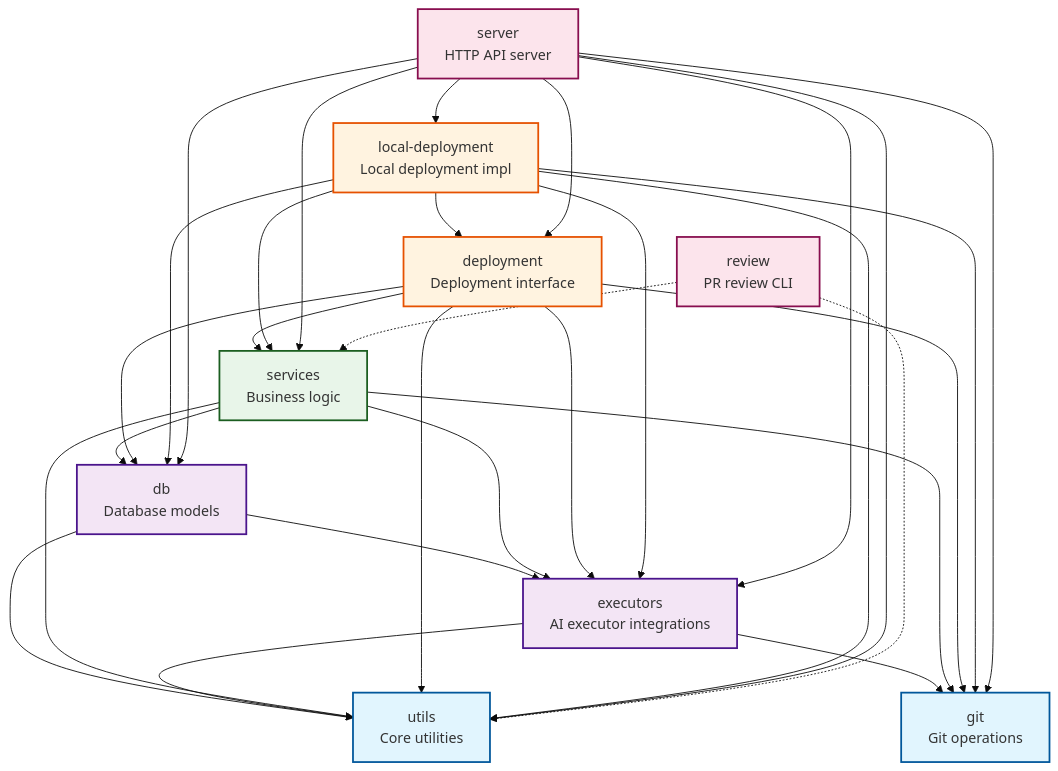
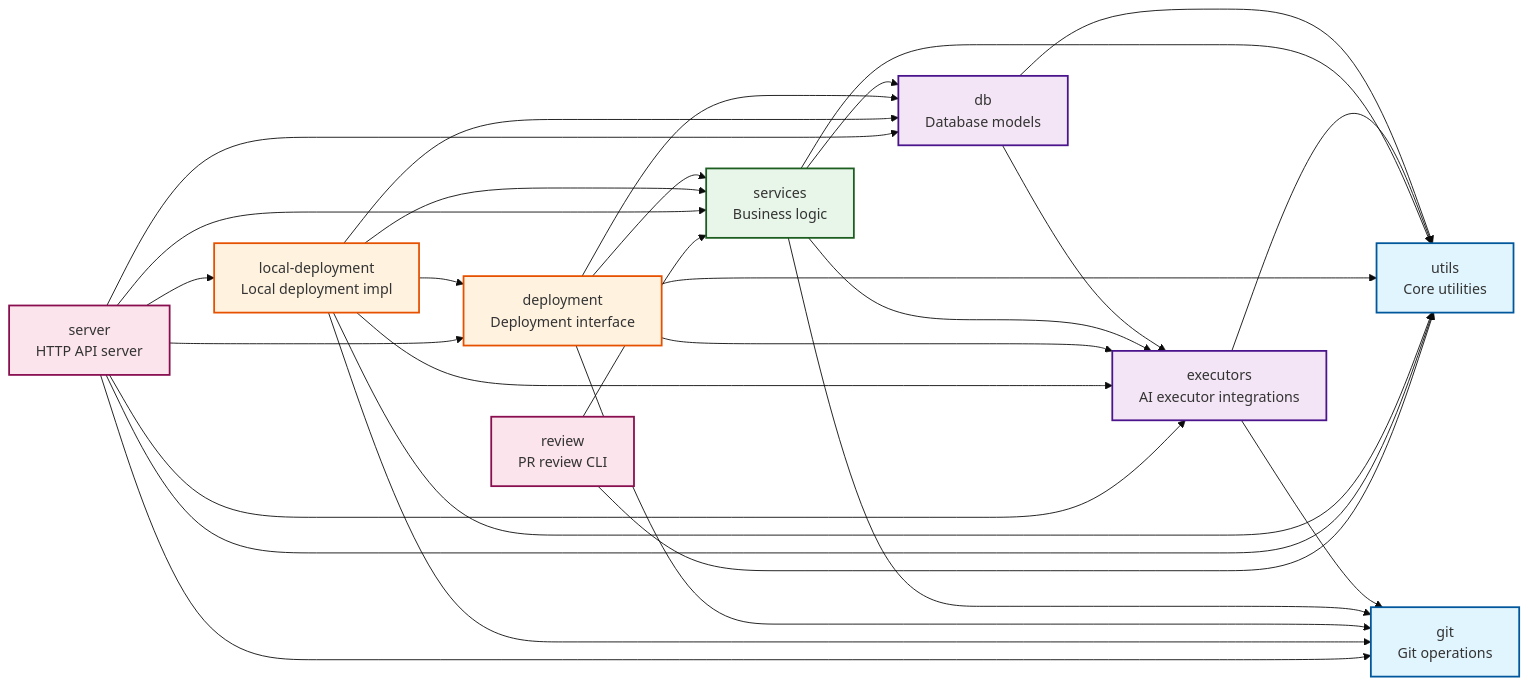
Before and after one commit to thebehzaad/vibe-kanban: the diagram in docs/orchestrator_diagram.md, drawn with Mermaid (base theme).

Commit message:
updating orchestrator digram

````diff
--- a/docs/orchestrator_diagram.md
+++ b/docs/orchestrator_diagram.md
@@ -1,76 +1,74 @@
 ```mermaid
-graph TD
+flowchart LR
     %% Core packages (no dependencies on other workspace crates)
     utils[utils<br/>Core utilities]
     git[git<br/>Git operations]
   
     %% Database layer
     db[db<br/>Database models]
   
     %% Executors
     executors[executors<br/>AI executor integrations]
   
     %% Services layer
     services[services<br/>Business logic]
   
     %% Deployment abstraction
     deployment[deployment<br/>Deployment interface]
   
     %% Deployment implementations
     local_deployment[local-deployment<br/>Local deployment impl]
   
-    %% API server
+    %% Entry points (binaries)
     server[server<br/>HTTP API server]
-  
-    %% CLI tools
     review[review<br/>PR review CLI]
   
     %% Dependencies
     db --> utils
     db --> executors
   
     executors --> utils
     executors --> git
   
     services --> utils
     services --> git
     services --> executors
     services --> db
   
     deployment --> db
     deployment --> utils
     deployment --> git
     deployment --> services
     deployment --> executors
   
     local_deployment --> db
     local_deployment --> utils
     local_deployment --> git
     local_deployment --> executors
     local_deployment --> deployment
     local_deployment --> services
   
   server --> deployment
   server --> executors
   server --> local_deployment
   server --> utils
   server --> git
   server --> db
   server --> services
   
-  review -.-> services
-  review -.-> utils
+  review --> services
+  review --> utils
   
   %% Styling
   classDef corePackage fill:#e1f5fe,stroke:#01579b,stroke-width:2px
   classDef dataPackage fill:#f3e5f5,stroke:#4a148c,stroke-width:2px
   classDef servicePackage fill:#e8f5e9,stroke:#1b5e20,stroke-width:2px
   classDef deployPackage fill:#fff3e0,stroke:#e65100,stroke-width:2px
   classDef serverPackage fill:#fce4ec,stroke:#880e4f,stroke-width:2px
   
   class utils,git corePackage
   class db,executors dataPackage
   class services servicePackage
   class deployment,local_deployment deployPackage
   class server,review serverPackage
 ```
````
